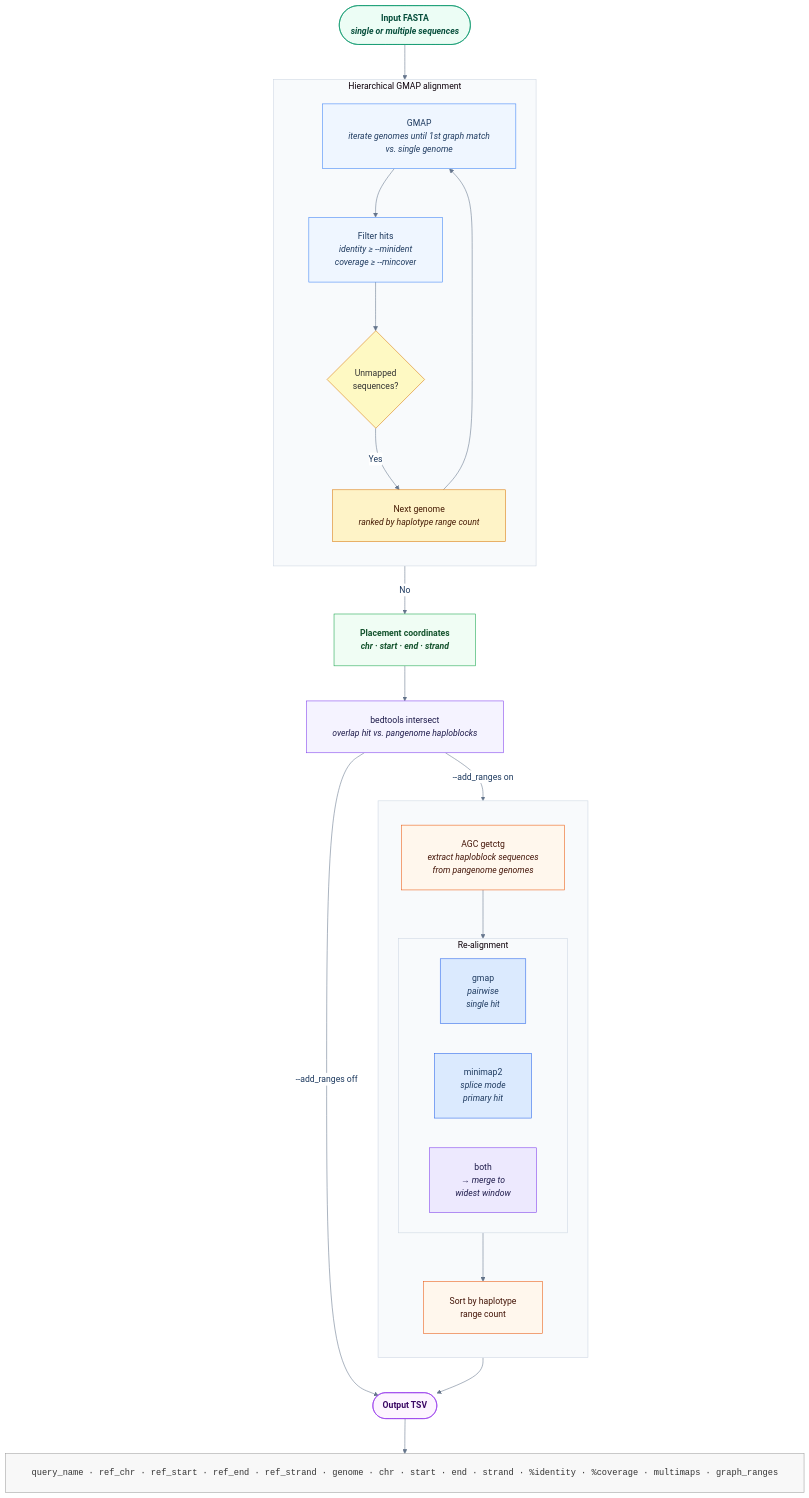
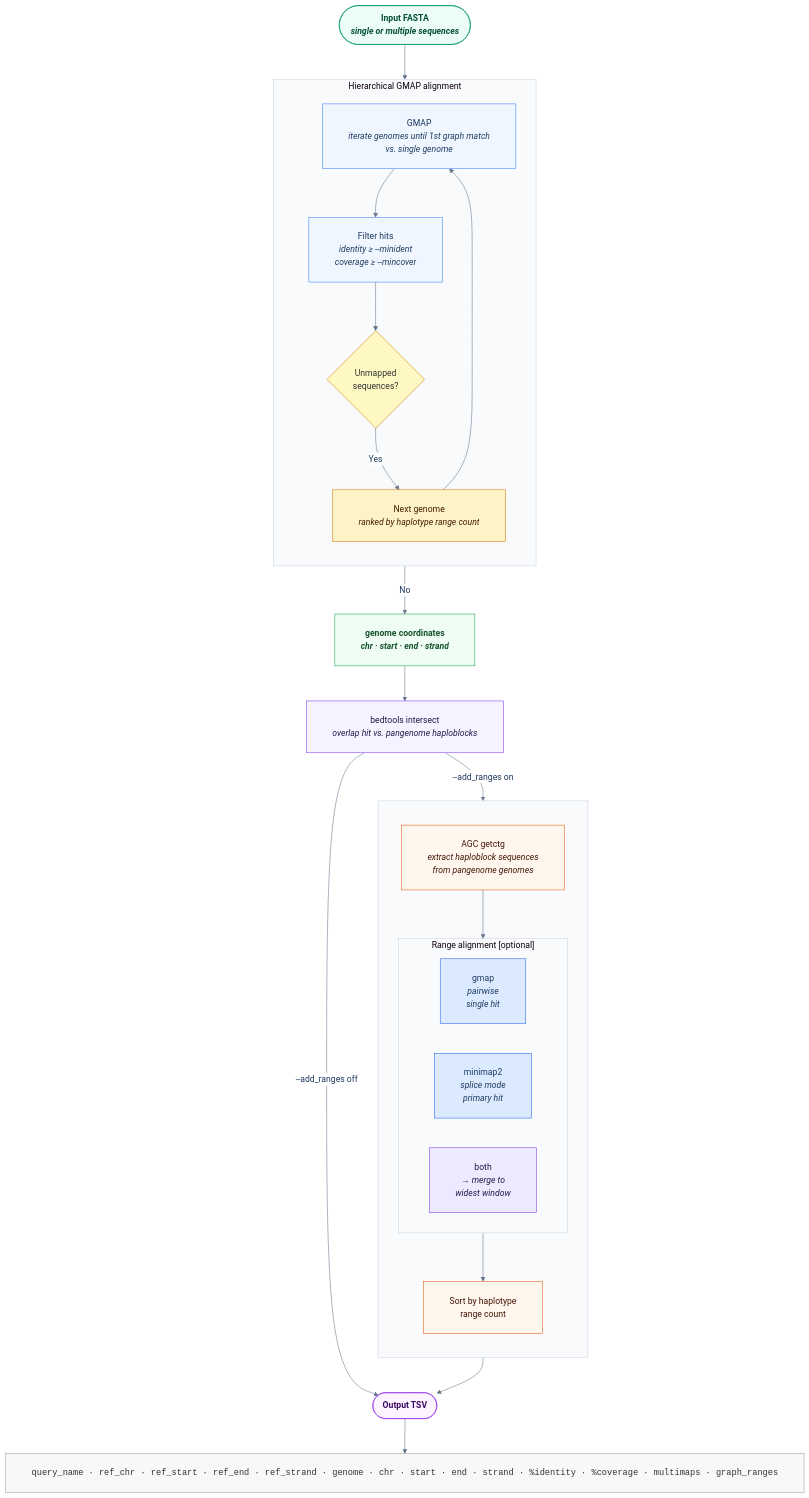
The diagram in miscellaneous/align2graph_workflow.mmd (eead-csic-compbio/barleygraph), drawn with Mermaid before and after one commit.

```diff
--- a/miscellaneous/align2graph_workflow.mmd
+++ b/miscellaneous/align2graph_workflow.mmd
@@ -1,84 +1,84 @@
 %%{init: {
   "theme": "base",
   "themeVariables": {
     "fontFamily": "Helvetica Neue, Helvetica, Arial, sans-serif",
     "fontSize": "16px",
     "primaryColor":        "#DBEAFE",
     "primaryTextColor":    "#1e3a5f",
     "primaryBorderColor":  "#3B82F6",
     "lineColor":           "#64748B",
     "secondaryColor":      "#FEF9C3",
     "tertiaryColor":       "#F0FDF4",
     "background":          "#ffffff",
     "clusterBkg":          "#F8FAFC",
     "clusterBorder":       "#CBD5E1",
     "edgeLabelBackground": "#ffffff"
   },
   "flowchart": {
     "curve": "basis",
     "padding": 24,
     "nodeSpacing": 55,
     "rankSpacing": 65,
     "diagramPadding": 40,
     "wrappingWidth": 3000
   }
 }}%%
 
 flowchart TD
 
     FASTA(["Input FASTA<br/><i>single or multiple sequences</i>"])
 
     subgraph LOOP ["Hierarchical GMAP alignment"]
         direction TB
         GMAP["GMAP<br/><i>iterate genomes until 1st graph match<br/>vs. single genome</i>"]
         FILTER["Filter hits<br/><i>identity ≥ --minident<br/>coverage ≥ --mincover</i>"]
         UNMAPPED{"Unmapped<br/>sequences?"}
         NEXTG["Next genome<br/><i>ranked by haplotype range count</i>"]
         GMAP --> FILTER --> UNMAPPED
         UNMAPPED -- "Yes" --> NEXTG --> GMAP
     end
 
-    MATCHED["Placement coordinates<br/><i>chr · start · end · strand</i>"]
+    MATCHED["genome coordinates<br/><i>chr · start · end · strand</i>"]
 
     BEDTOOLS["bedtools intersect<br/><i>overlap hit vs. pangenome haploblocks</i>"]
 
     subgraph ADDRANGES ["  "]
         direction TB
         EXTRACT["AGC getctg<br/><i>extract haploblock sequences<br/>from pangenome genomes</i>"]
 
-        subgraph ALIGNER ["Re-alignment"]
+        subgraph ALIGNER ["Range alignment [optional]"]
             direction LR
             GMAP2["gmap<br/><i>pairwise<br/>single hit</i>"]
             MM2["minimap2<br/><i>splice mode<br/>primary hit</i>"]
             BOTH["both<br/><i>→ merge to<br/>widest window</i>"]
         end
 
         SORT["Sort by haplotype<br/>range count"]
         EXTRACT --> ALIGNER --> SORT
     end
 
     TSV(["Output TSV"])
     EXAMPLE["query_name · ref_chr · ref_start · ref_end · ref_strand · genome · chr · start · end · strand · %identity · %coverage · multimaps · graph_ranges"]
 
     FASTA      --> LOOP
     UNMAPPED   -- "No" --> MATCHED
     MATCHED    --> BEDTOOLS
     BEDTOOLS   -- "--add_ranges off" --> TSV
     BEDTOOLS   -- "--add_ranges on" --> EXTRACT
     SORT       --> TSV
     TSV        --> EXAMPLE
 
     style FASTA      fill:#ECFDF5,stroke:#059669,color:#064E3B,font-weight:bold
     style GMAP       fill:#EFF6FF,stroke:#3B82F6,color:#1e3a5f
     style FILTER     fill:#EFF6FF,stroke:#3B82F6,color:#1e3a5f
     style UNMAPPED   fill:#FEF9C3,stroke:#D97706,color:#333
     style NEXTG      fill:#FEF3C7,stroke:#D97706,color:#451A03
     style MATCHED    fill:#F0FDF4,stroke:#16A34A,color:#14532D,font-weight:bold
     style BEDTOOLS   fill:#F5F3FF,stroke:#7C3AED,color:#1e1b4b
     style EXTRACT    fill:#FFF7ED,stroke:#EA580C,color:#431407
     style GMAP2      fill:#DBEAFE,stroke:#2563EB,color:#1e3a5f
     style MM2        fill:#DBEAFE,stroke:#2563EB,color:#1e3a5f
     style BOTH       fill:#EDE9FE,stroke:#7C3AED,color:#1e1b4b
     style SORT       fill:#FFF7ED,stroke:#EA580C,color:#431407
     style TSV        fill:#FDF4FF,stroke:#9333EA,color:#3b0764,font-weight:bold
     style EXAMPLE    fill:#F8F8F8,stroke:#9E9E9E,color:#333,font-family:monospace
```
